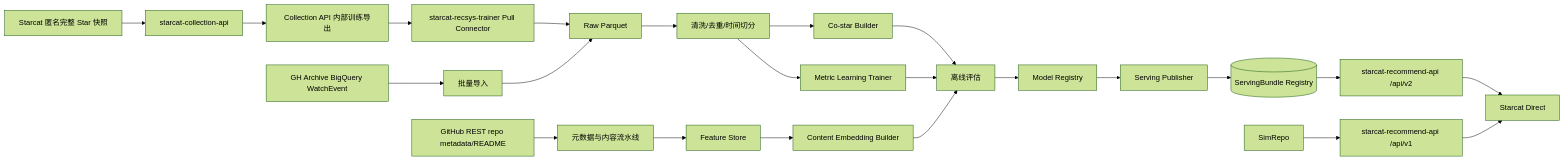
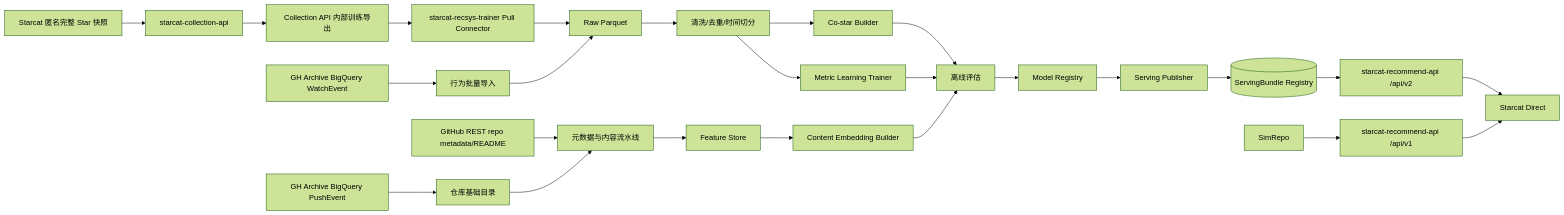
Before and after one commit to starcat-app/Starcat: the diagram in docs/3-设计/详细设计/61-Starcat自研仓库推荐系统详细设计.md, drawn with Mermaid (forest theme). The commit also changed other lines of this file and 1 other file, not shown here.

Commit message:
docs(recommendation): 补充 PushEvent 元数据分层方案

````diff
--- a/docs/3-设计/详细设计/61-Starcat自研仓库推荐系统详细设计.md
+++ b/docs/3-设计/详细设计/61-Starcat自研仓库推荐系统详细设计.md
@@ -82,25 +82,27 @@
 ```mermaid
 flowchart LR
     A[Starcat 匿名完整 Star 快照] --> B[starcat-collection-api]
     B --> C1[Collection API 内部训练导出]
     C1 --> B1[starcat-recsys-trainer Pull Connector]
-    C[GH Archive BigQuery WatchEvent] --> D[批量导入]
+    C[GH Archive BigQuery WatchEvent] --> D[行为批量导入]
+    C2[GH Archive BigQuery PushEvent] --> D2[仓库基础目录]
     E[GitHub REST repo metadata/README] --> F[元数据与内容流水线]
     B1 --> G[Raw Parquet]
     D --> G
+    D2 --> F
     G --> H[清洗/去重/时间切分]
     F --> I[Feature Store]
     H --> J[Co-star Builder]
     H --> K[Metric Learning Trainer]
     I --> L[Content Embedding Builder]
     J --> M[离线评估]
     K --> M
     L --> M
     M --> N[Model Registry]
     N --> O[Serving Publisher]
     O --> P[(ServingBundle Registry)]
     P --> Q[starcat-recommend-api /api/v2]
     S[SimRepo] --> T[starcat-recommend-api /api/v1]
     Q --> R[Starcat Direct]
     T --> R
 ```
````
